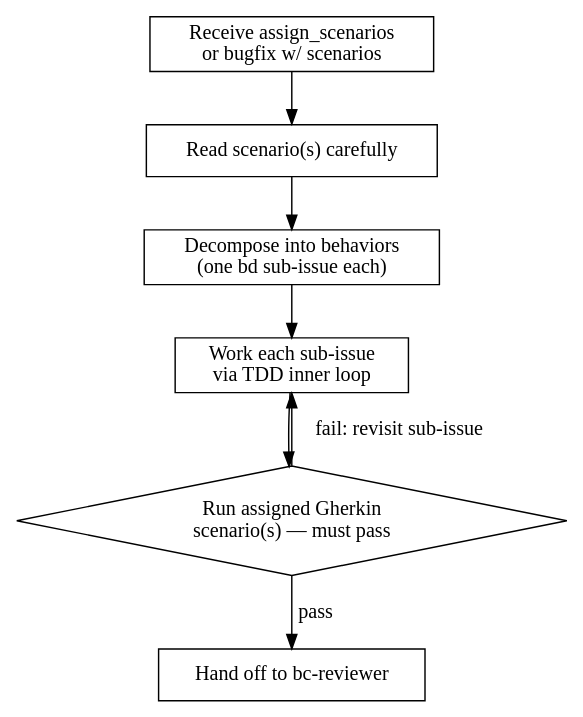
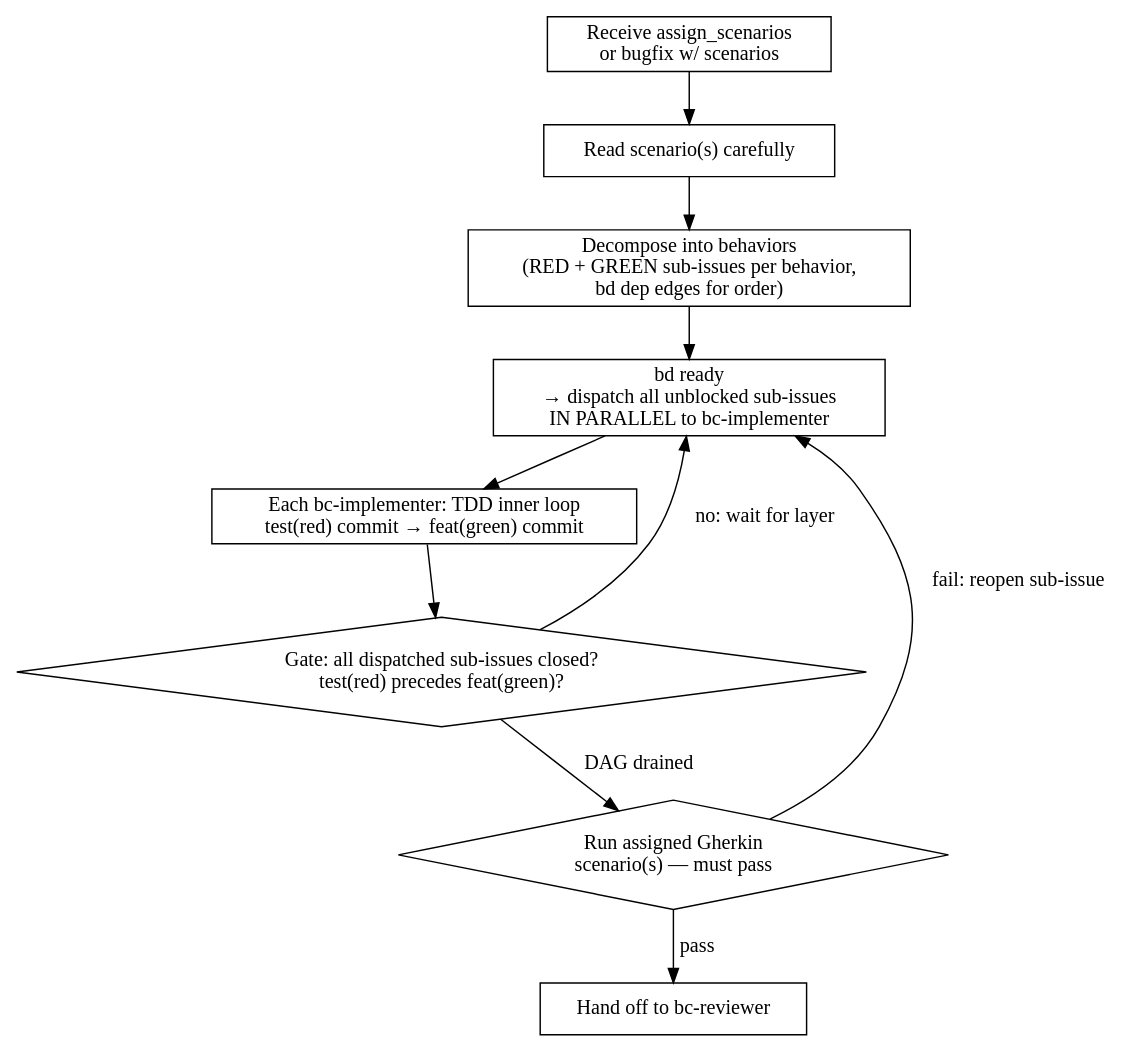
The diagram in src/shop_templates/templates/skills/writing-plans-bdd/SKILL.md (dstengle/shopsystem-templates), drawn with Graphviz before and after one commit. The commit also changed other lines of this file, not shown here.

First line of the commit message:
feat(green): writing-plans-bdd dependency DAG + failing-test sub-issue + parallel dispatch

````diff
--- a/src/shop_templates/templates/skills/writing-plans-bdd/SKILL.md
+++ b/src/shop_templates/templates/skills/writing-plans-bdd/SKILL.md
@@ -55,15 +109,19 @@
 ```dot
 digraph bdd_plan {
     rankdir=TB;
-    assign [label="Receive assign_scenarios\nor bugfix w/ scenarios", shape=box];
-    read   [label="Read scenario(s) carefully", shape=box];
-    decomp [label="Decompose into behaviors\n(one bd sub-issue each)", shape=box];
-    loop   [label="Work each sub-issue\nvia TDD inner loop", shape=box];
-    outer  [label="Run assigned Gherkin\nscenario(s) — must pass", shape=diamond];
-    gate   [label="Hand off to bc-reviewer", shape=box];
+    assign  [label="Receive assign_scenarios\nor bugfix w/ scenarios", shape=box];
+    read    [label="Read scenario(s) carefully", shape=box];
+    decomp  [label="Decompose into behaviors\n(RED + GREEN sub-issues per behavior,\nbd dep edges for order)", shape=box];
+    ready   [label="bd ready\n→ dispatch all unblocked sub-issues\nIN PARALLEL to bc-implementer", shape=box];
+    loop    [label="Each bc-implementer: TDD inner loop\ntest(red) commit → feat(green) commit", shape=box];
+    gate    [label="Gate: all dispatched sub-issues closed?\ntest(red) precedes feat(green)?", shape=diamond];
+    outer   [label="Run assigned Gherkin\nscenario(s) — must pass", shape=diamond];
+    review  [label="Hand off to bc-reviewer", shape=box];
 
-    assign -> read -> decomp -> loop -> outer;
-    outer  -> gate [label="pass"];
-    outer  -> loop [label="fail: revisit sub-issue"];
+    assign -> read -> decomp -> ready -> loop -> gate;
+    gate   -> ready  [label="no: wait for layer"];
+    gate   -> outer  [label="DAG drained"];
+    outer  -> review [label="pass"];
+    outer  -> ready  [label="fail: reopen sub-issue"];
 }
 ```
````
